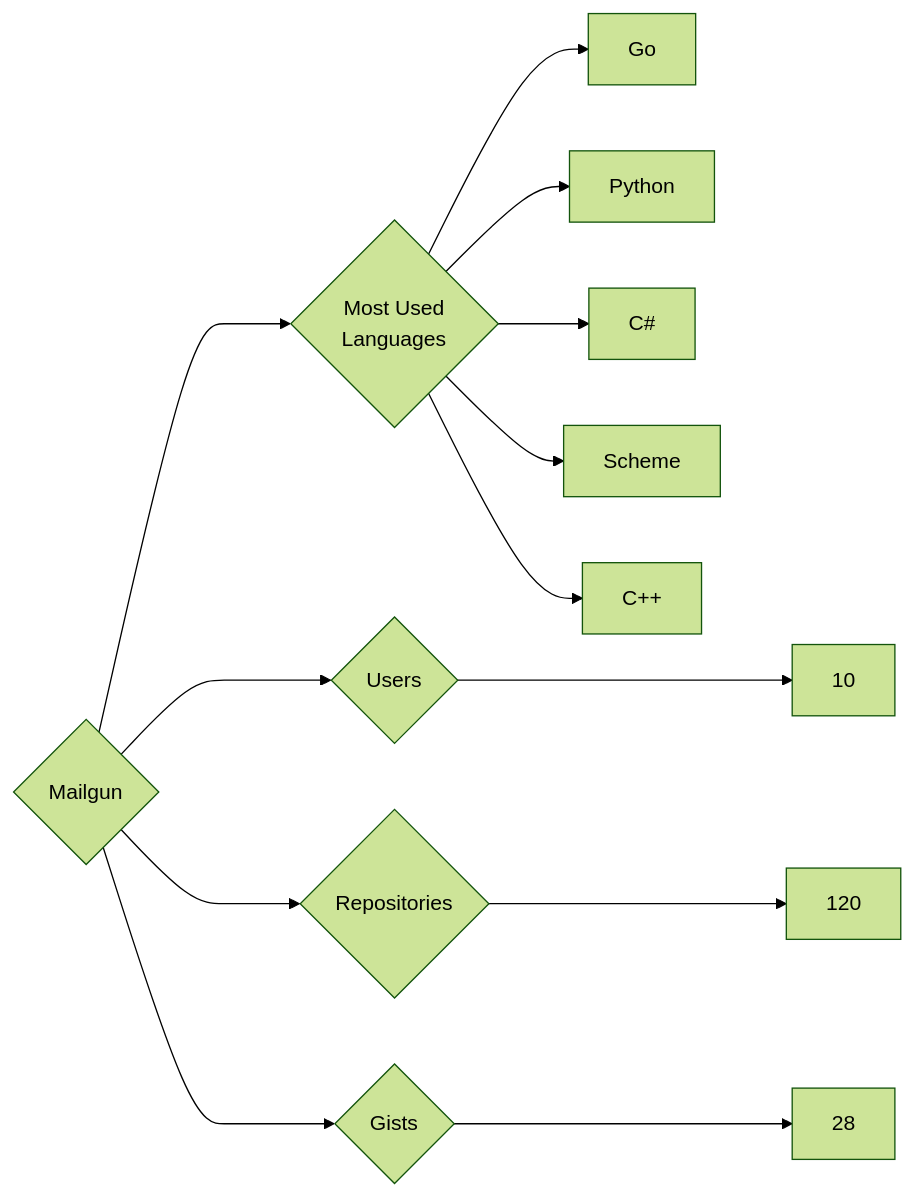
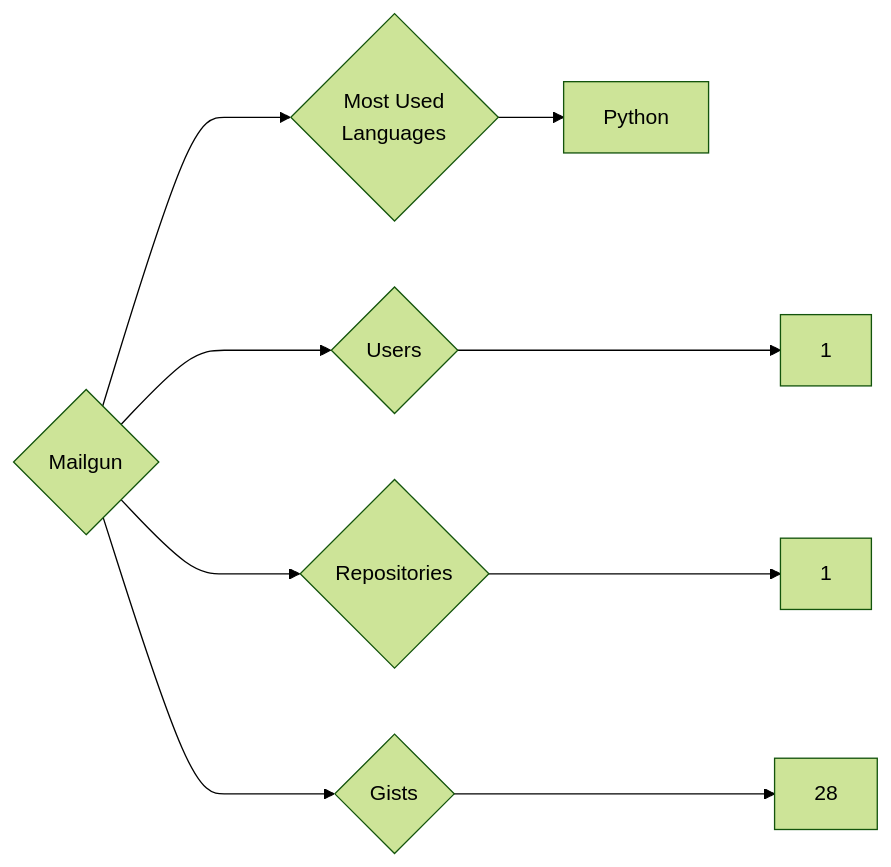
One commit to trickest/insiders changed the diagram in targets/Mailgun/README.md. Above: the diagram before and after it, drawn with Mermaid (forest theme). The commit also changed 894 other files, not shown here.

````diff
--- a/targets/Mailgun/README.md
+++ b/targets/Mailgun/README.md
@@ -3,13 +3,9 @@
 ```mermaid
 graph LR
 COMPANY_NAME{Mailgun}
-COMPANY_NAME ---> U{Users} ---> UN[10]
-COMPANY_NAME ---> R{Repositories} ---> RN[120]
+COMPANY_NAME ---> U{Users} ---> UN[1]
+COMPANY_NAME ---> R{Repositories} ---> RN[1]
 COMPANY_NAME ---> G{Gists} ---> GN[28]
 COMPANY_NAME ---> ML{Most Used<br>Languages}
-ML --> Go[Go]
 ML --> Python[Python]
-ML --> C#[C#]
-ML --> Scheme[Scheme]
-ML --> C++[C++]
 ```
````
